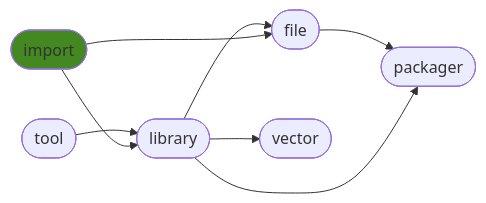
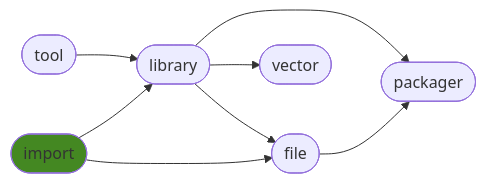
One commit to ManderaGeneral/generalimport changed the diagram in README.md. Above: the diagram before and after it, drawn with Mermaid. The commit also changed other lines of this file, not shown here.

````diff
--- a/README.md
+++ b/README.md
@@ -28,17 +28,17 @@
 ```mermaid
 flowchart LR
-3([file]) --> 5([packager])
+1([tool]) --> 2([library])
 2([library]) --> 4([vector])
 2([library]) --> 5([packager])
-1([tool]) --> 2([library])
 2([library]) --> 3([file])
 0([import]) --> 3([file])
+3([file]) --> 5([packager])
 0([import]) --> 2([library])
 click 0 "https://github.com/ManderaGeneral/generalimport"
 click 1 "https://github.com/ManderaGeneral/generaltool"
 click 2 "https://github.com/ManderaGeneral/generallibrary"
 click 3 "https://github.com/ManderaGeneral/generalfile"
 click 4 "https://github.com/ManderaGeneral/generalvector"
 click 5 "https://github.com/ManderaGeneral/generalpackager"
 style 0 fill:#482
 ```
````
